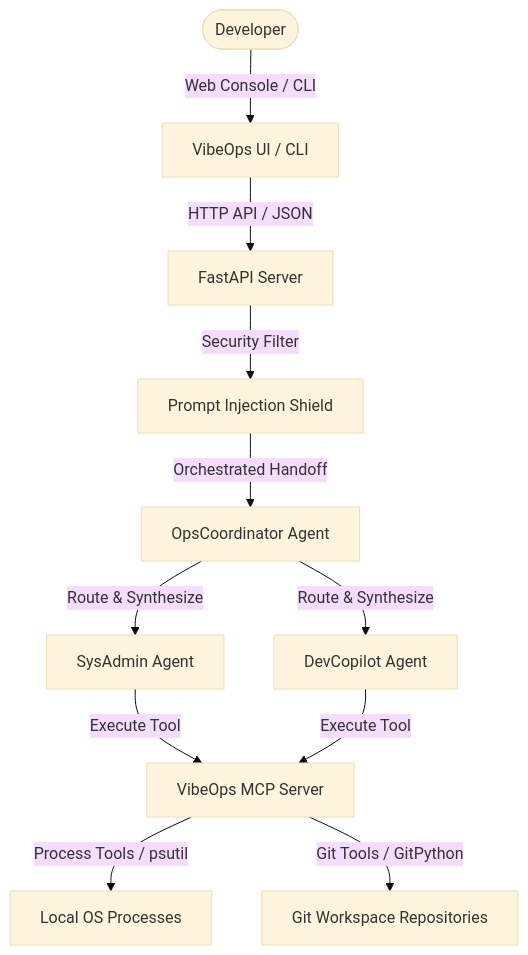
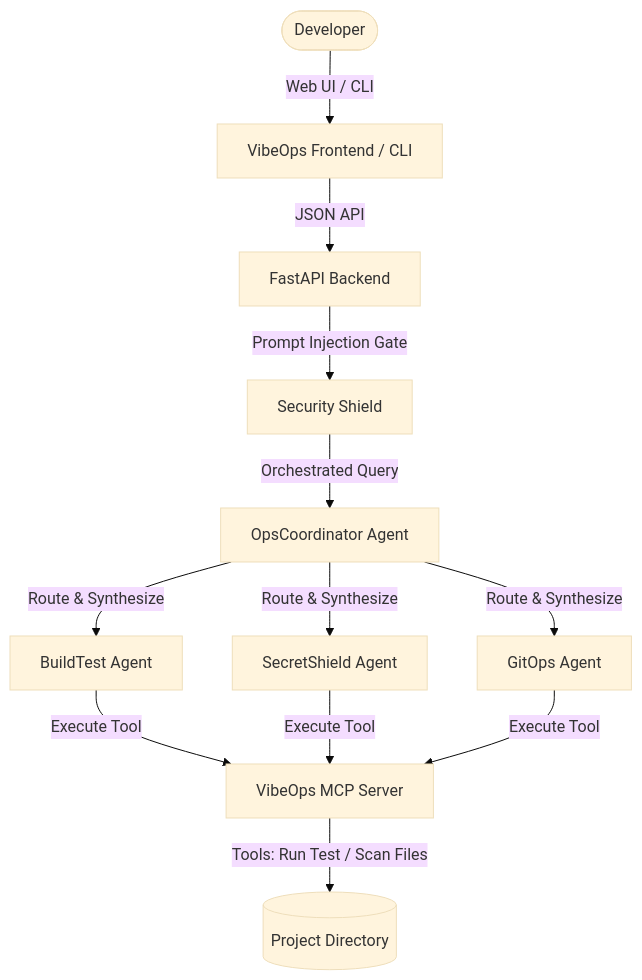
The diagram in README.md (CyberSurya2006/VibeOps), drawn with Mermaid (base theme) before and after one commit. The commit also changed other lines of this file and 10 other files, not shown here.

Commit message:
Pivot VibeOps: Implement dev-ops automation cockpit, build/test triggers, secrets scanning, and command approval gates

````diff
--- a/README.md
+++ b/README.md
@@ -13,16 +13,17 @@
 ```mermaid
 graph TD
-    User([Developer]) -->|Web Console / CLI| Frontend[VibeOps UI / CLI]
-    Frontend -->|HTTP API / JSON| Backend[FastAPI Server]
-    Backend -->|Security Filter| Sanitizer[Prompt Injection Shield]
-    Sanitizer -->|Orchestrated Handoff| Coordinator[OpsCoordinator Agent]
+    User([Developer]) -->|Web UI / CLI| UI[VibeOps Frontend / CLI]
+    UI -->|JSON API| API[FastAPI Backend]
+    API -->|Prompt Injection Gate| Sec[Security Shield]
+    Sec -->|Orchestrated Query| Coordinator[OpsCoordinator Agent]
     
-    Coordinator -->|Route & Synthesize| SysAdmin[SysAdmin Agent]
-    Coordinator -->|Route & Synthesize| DevCopilot[DevCopilot Agent]
+    Coordinator -->|Route & Synthesize| BuildAgent[BuildTest Agent]
+    Coordinator -->|Route & Synthesize| SecretAgent[SecretShield Agent]
+    Coordinator -->|Route & Synthesize| GitAgent[GitOps Agent]
     
-    SysAdmin -->|Execute Tool| MCPServer[VibeOps MCP Server]
-    DevCopilot -->|Execute Tool| MCPServer
+    BuildAgent -->|Execute Tool| MCP[VibeOps MCP Server]
+    SecretAgent -->|Execute Tool| MCP
+    GitAgent -->|Execute Tool| MCP
     
-    MCPServer -->|Process Tools / psutil| OS[Local OS Processes]
-    MCPServer -->|Git Tools / GitPython| Git[Git Workspace Repositories]
+    MCP -->|Tools: Run Test / Scan Files| Files[(Project Directory)]
 ```
````
